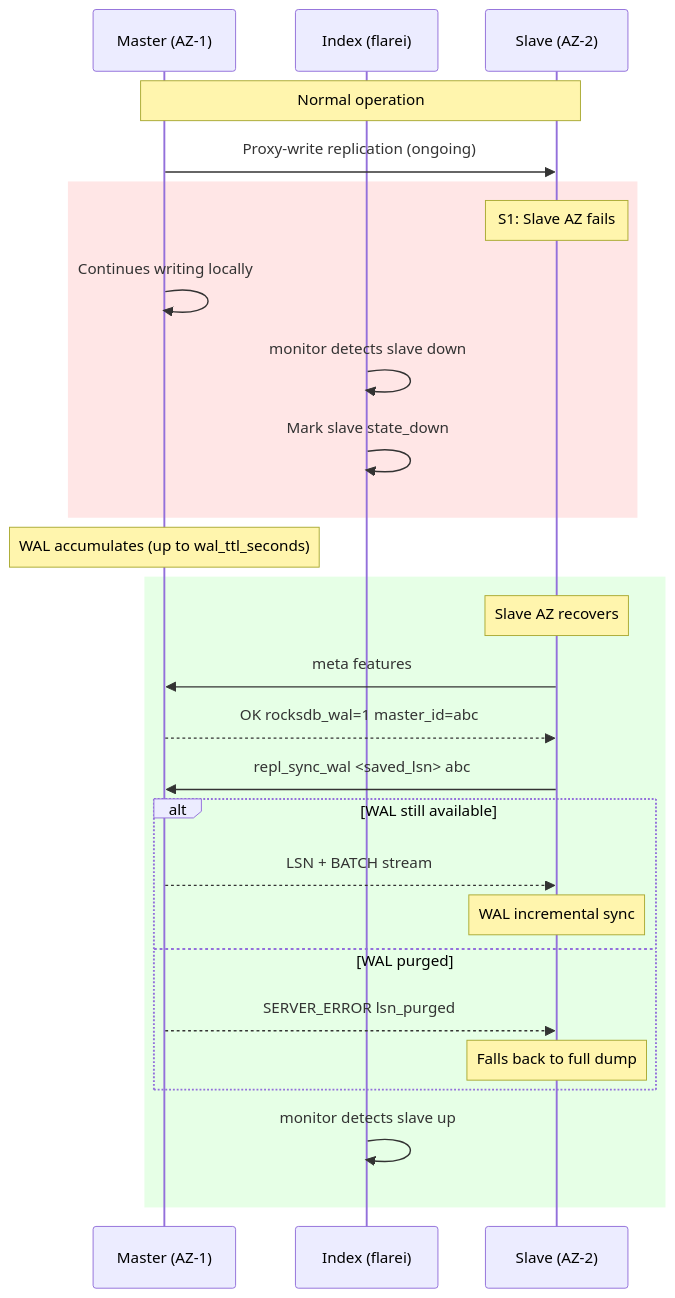
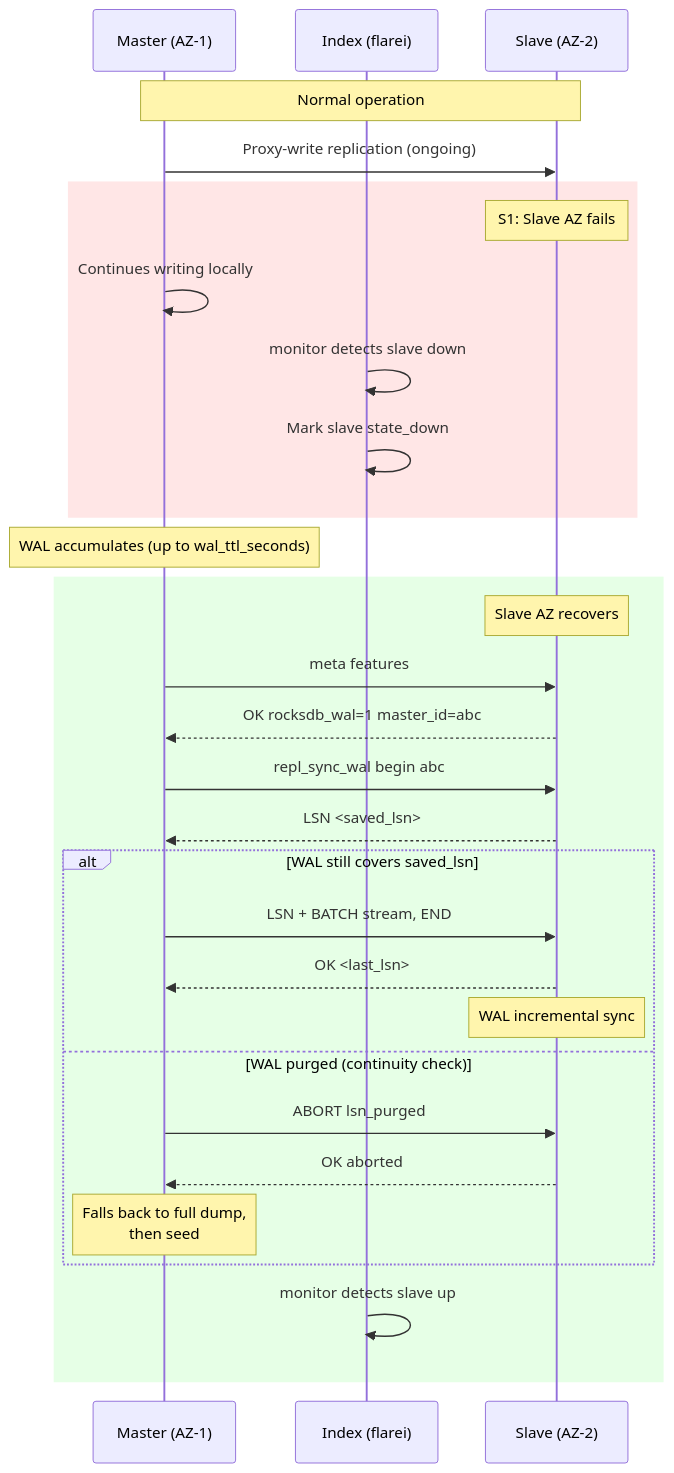
Before and after one commit to gree/flare: the fourth of 10 diagrams in ROCKSDB_REPLICATION.md, drawn with Mermaid. The commit also changed other lines of this file and 12 other files, not shown here.

````diff
--- a/ROCKSDB_REPLICATION.md
+++ b/ROCKSDB_REPLICATION.md
@@ -759,33 +821,36 @@
 ```mermaid
 sequenceDiagram
     participant M as Master (AZ-1)
     participant I as Index (flarei)
     participant S as Slave (AZ-2)
 
     Note over M,S: Normal operation
     M->>S: Proxy-write replication (ongoing)
 
     rect rgb(255, 230, 230)
         Note over S: S1: Slave AZ fails
         M->>M: Continues writing locally
         I->>I: monitor detects slave down
         I->>I: Mark slave state_down
     end
 
     Note over M: WAL accumulates (up to wal_ttl_seconds)
 
     rect rgb(230, 255, 230)
         Note over S: Slave AZ recovers
-        S->>M: meta features
-        M-->>S: OK rocksdb_wal=1 master_id=abc
-        S->>M: repl_sync_wal <saved_lsn> abc
-        alt WAL still available
-            M-->>S: LSN + BATCH stream
+        M->>S: meta features
+        S-->>M: OK rocksdb_wal=1 master_id=abc
+        M->>S: repl_sync_wal begin abc
+        S-->>M: LSN <saved_lsn>
+        alt WAL still covers saved_lsn
+            M->>S: LSN + BATCH stream, END
+            S-->>M: OK <last_lsn>
             Note over S: WAL incremental sync
-        else WAL purged
-            M-->>S: SERVER_ERROR lsn_purged
-            Note over S: Falls back to full dump
+        else WAL purged (continuity check)
+            M->>S: ABORT lsn_purged
+            S-->>M: OK aborted
+            Note over M: Falls back to full dump,<br/>then seed
         end
         I->>I: monitor detects slave up
     end
 ```
````
